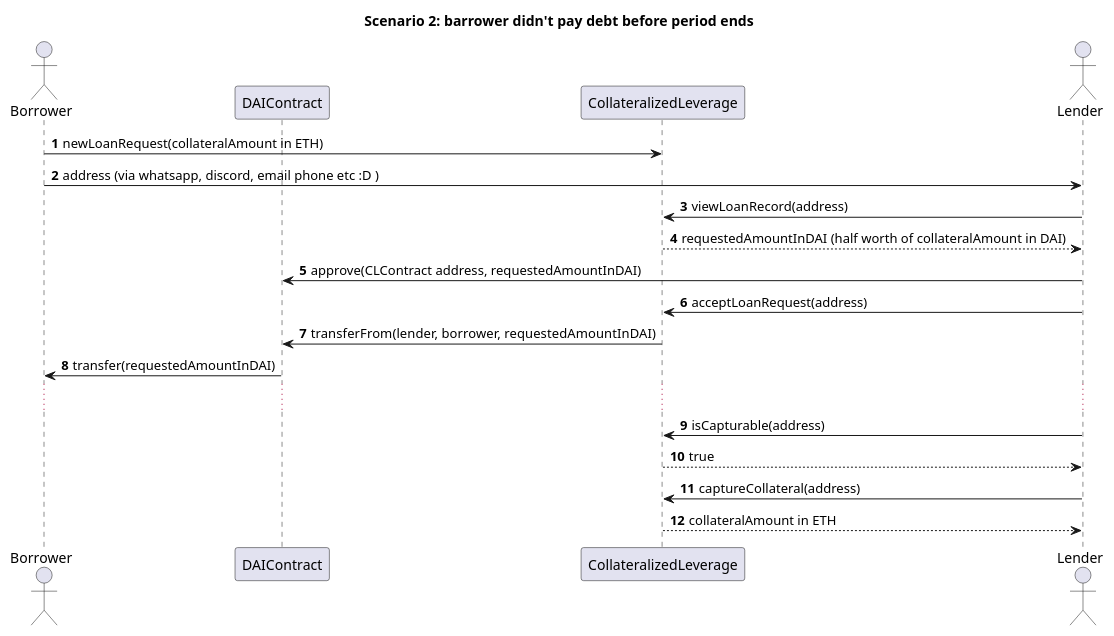
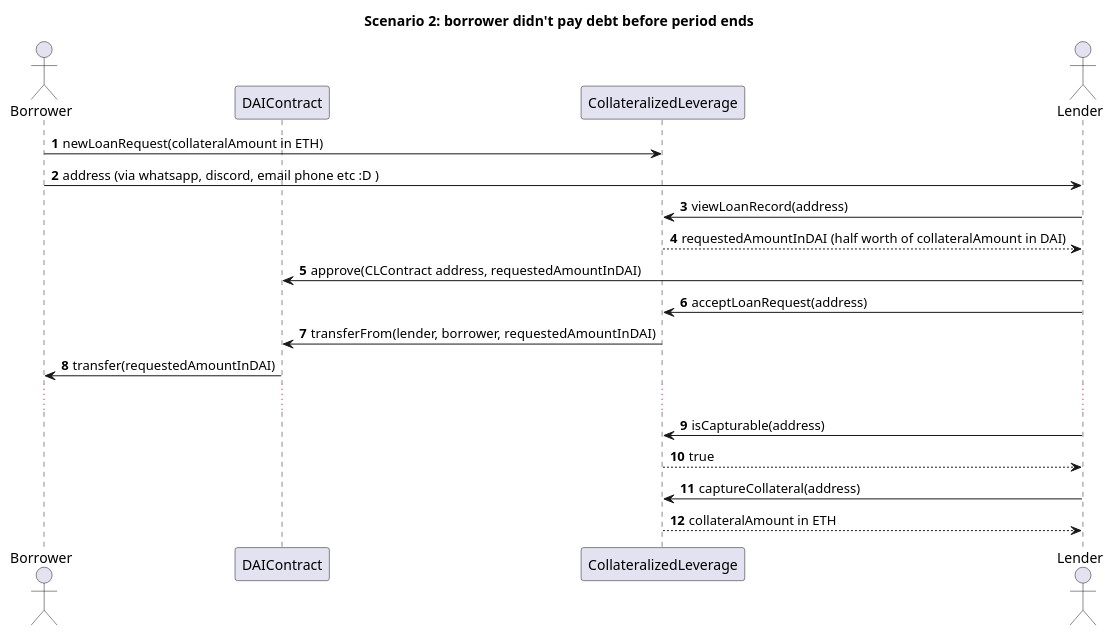
One commit to huseyindeniz/collateralized-leverage changed the diagram in docs/scenario2.puml. Above: the diagram before and after it, drawn with PlantUML. The commit also changed 10 other files, not shown here.

```diff
--- a/docs/scenario2.puml
+++ b/docs/scenario2.puml
@@ -1,25 +1,25 @@
 @startuml scenario2
 autonumber
 
-title "Scenario 2: barrower didn't pay debt before period ends"
+title "Scenario 2: borrower didn't pay debt before period ends"
 
 actor Borrower
 participant DAIContract
 participant CollateralizedLeverage as CLContract
 actor Lender
 
 Borrower -> CLContract: newLoanRequest(collateralAmount in ETH)
 Borrower -> Lender: address (via whatsapp, discord, email phone etc :D )
 Lender -> CLContract: viewLoanRecord(address)
 CLContract --> Lender: requestedAmountInDAI (half worth of collateralAmount in DAI)
 Lender -> DAIContract: approve(CLContract address, requestedAmountInDAI)
 Lender -> CLContract: acceptLoanRequest(address)
 CLContract -> DAIContract: transferFrom(lender, borrower, requestedAmountInDAI)
 DAIContract -> Borrower: transfer(requestedAmountInDAI)
 ...
 Lender -> CLContract: isCapturable(address)
 CLContract --> Lender: true
 Lender -> CLContract: captureCollateral(address)
 CLContract --> Lender: collateralAmount in ETH
 
 @enduml
```
